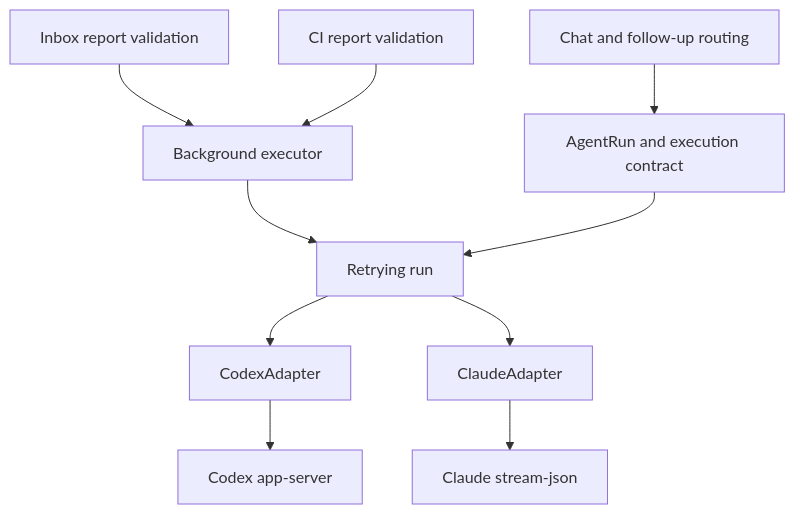
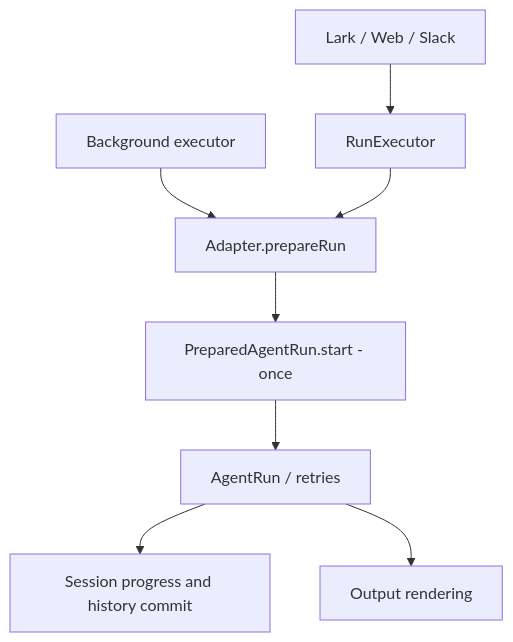
One commit to KuribohG/lark-coding-agent-bridge changed the diagram in docs/agent-execution.md. Above: the diagram before and after it, drawn with Mermaid. The commit also changed other lines of this file and 63 other files, not shown here.

````diff
--- a/docs/agent-execution.md
+++ b/docs/agent-execution.md
@@ -8,12 +8,10 @@
 ```mermaid
 flowchart TD
-  Chat[Chat and follow-up routing] --> Run[AgentRun and execution contract]
-  Inbox[Inbox report validation] --> Background[Background executor]
-  CI[CI report validation] --> Background
-  Background --> Retry[Retrying run]
-  Run --> Retry
-  Retry --> Adapter[CodexAdapter]
-  Adapter --> Server[Codex app-server]
-  Retry --> Claude[ClaudeAdapter]
-  Claude --> Stream[Claude stream-json]
+  Hosts[Lark / Web / Slack] --> Executor[RunExecutor]
+  Background[Background executor] --> Prepare
+  Executor --> Prepare[Adapter.prepareRun]
+  Prepare --> Prepared[PreparedAgentRun.start - once]
+  Prepared --> Retry[AgentRun / retries]
+  Retry --> Sessions[Session progress and history commit]
+  Retry --> Output[Output rendering]
 ```
````
